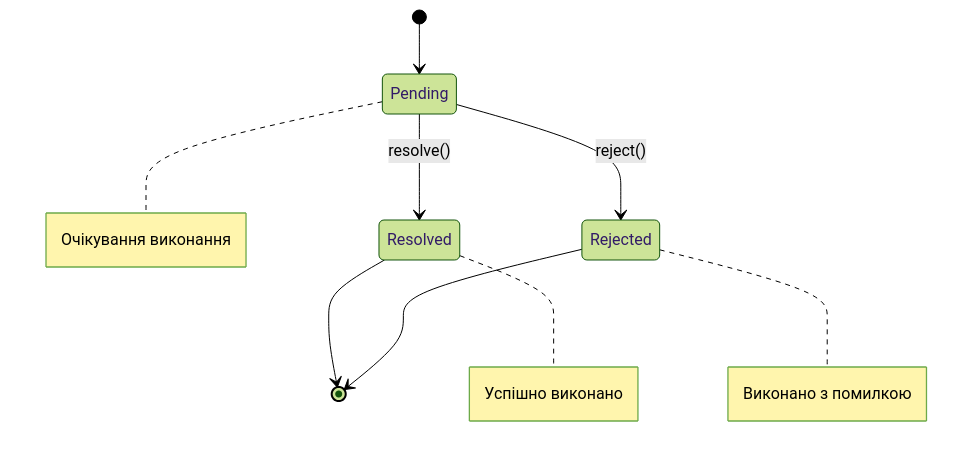
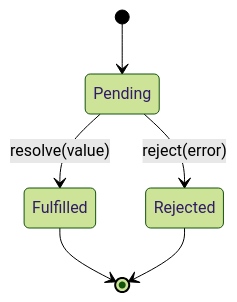
The first of 2 diagrams in docs/lectures/lecture-02.md (olroi421/course-web), drawn with Mermaid (forest theme) before and after one commit. The commit also changed other lines of this file and 3 other files, not shown here.

````diff
--- a/docs/lectures/lecture-02.md
+++ b/docs/lectures/lecture-02.md
@@ -2100,12 +401,8 @@
 ```mermaid
 stateDiagram-v2
     [*] --> Pending
-    Pending --> Resolved: resolve()
-    Pending --> Rejected: reject()
-    Resolved --> [*]
+    Pending --> Fulfilled: resolve(value)
+    Pending --> Rejected: reject(error)
+    Fulfilled --> [*]
     Rejected --> [*]
-
-    note right of Pending: Очікування виконання
-    note right of Resolved: Успішно виконано
-    note right of Rejected: Виконано з помилкою
 ```
````
